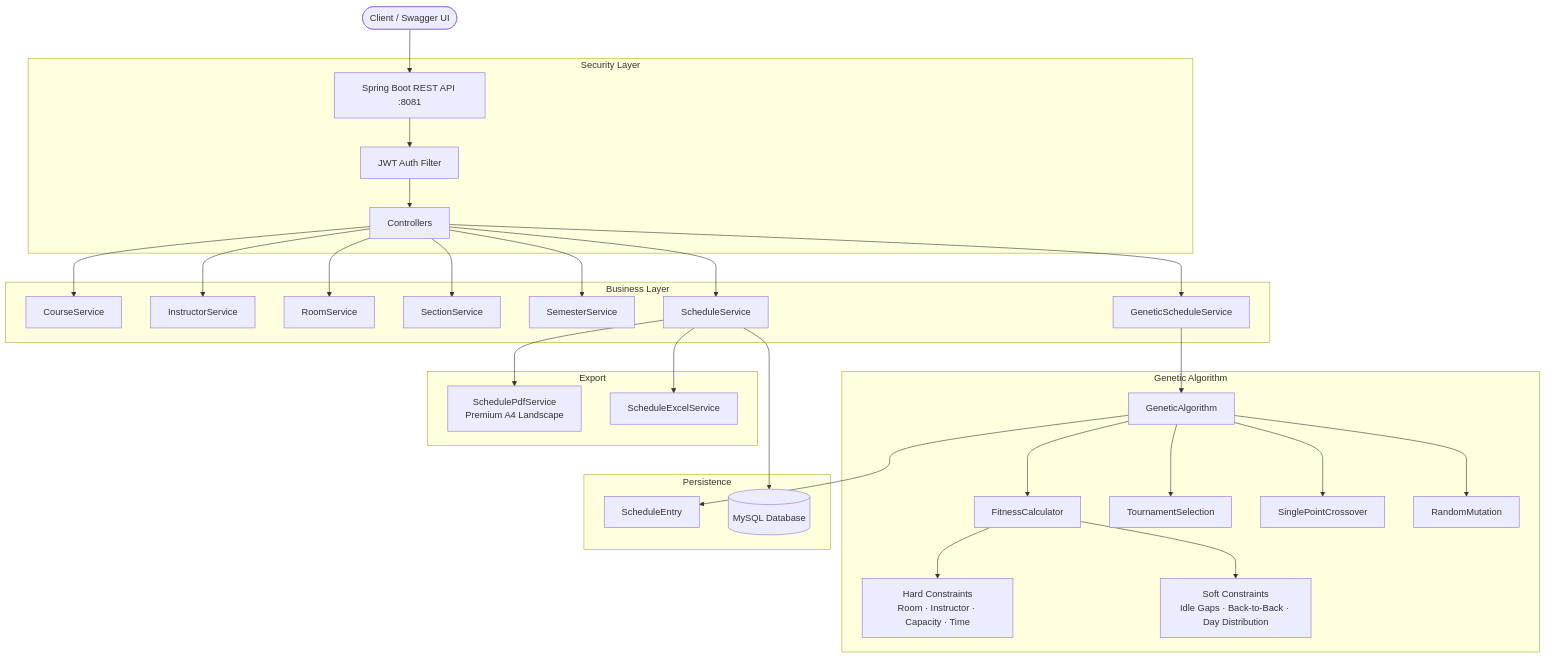
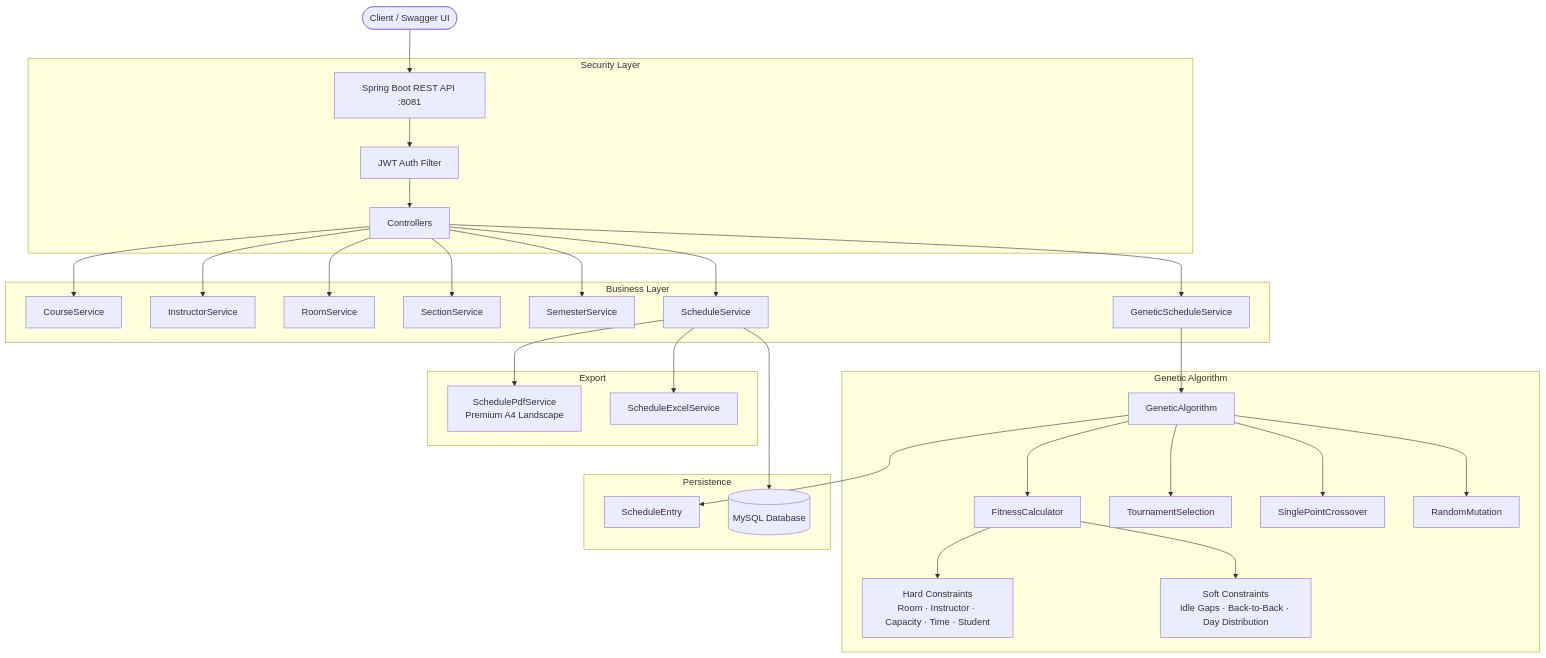
The first of 2 diagrams in README.md (MahmoudYoussef-web/Time-Table), drawn with Mermaid before and after one commit. The commit also changed other lines of this file and 5 other files, not shown here.

````diff
--- a/README.md
+++ b/README.md
@@ -66,39 +66,39 @@
 ```mermaid
 graph TD
     Client([Client / Swagger UI]) --> API[Spring Boot REST API :8081]
 
     subgraph Security Layer
         API --> JWT[JWT Auth Filter]
         JWT --> Controllers
     end
 
     subgraph Business Layer
         Controllers --> CourseService
         Controllers --> InstructorService
         Controllers --> RoomService
         Controllers --> SectionService
         Controllers --> SemesterService
         Controllers --> ScheduleService
         Controllers --> GeneticScheduleService
     end
 
     subgraph Genetic Algorithm
         GeneticScheduleService --> GA[GeneticAlgorithm]
         GA --> Fitness[FitnessCalculator]
         GA --> Selection[TournamentSelection]
         GA --> Crossover[SinglePointCrossover]
         GA --> Mutation[RandomMutation]
-        Fitness --> HardConstraints[Hard Constraints<br/>Room · Instructor · Capacity · Time]
+        Fitness --> HardConstraints[Hard Constraints<br/>Room · Instructor · Capacity · Time · Student]
         Fitness --> SoftConstraints[Soft Constraints<br/>Idle Gaps · Back-to-Back · Day Distribution]
     end
 
     subgraph Export
         ScheduleService --> PDF[SchedulePdfService<br/>Premium A4 Landscape]
         ScheduleService --> Excel[ScheduleExcelService]
     end
 
     subgraph Persistence
         GA --> ScheduleEntry
         ScheduleService --> DB[(MySQL Database)]
     end
 ```
````
